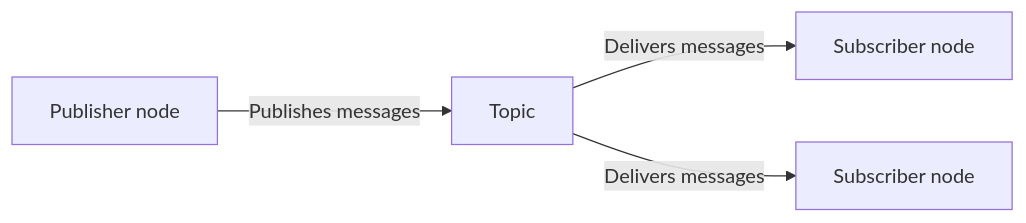
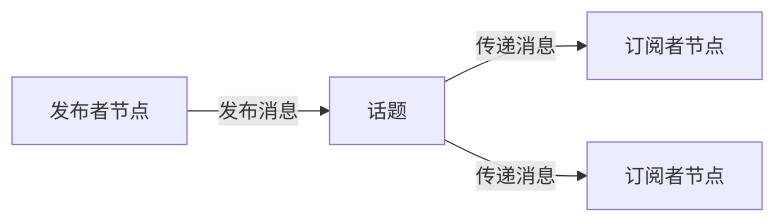
One commit to pixmoving-kit/ros2_documentation changed the first of 3 diagrams in source/Concepts/Basic/Interfaces-Topics-Services-Actions.md. Above: the diagram before and after it, drawn with Mermaid. The commit also changed other lines of this file and 309 other files, not shown here.

````diff
--- a/source/Concepts/Basic/Interfaces-Topics-Services-Actions.md
+++ b/source/Concepts/Basic/Interfaces-Topics-Services-Actions.md
@@ -44,8 +36,6 @@
-``` mermaid
-
-        flowchart LR
- P[Publisher node] -->|Publishes messages| T[Topic]
- T -->|Delivers messages| S1[Subscriber node]
- T -->|Delivers messages| S2[Subscriber node]
-    
+```mermaid
+flowchart LR
+ P[发布者节点] -->|发布消息| T[话题]
+ T -->|传递消息| S1[订阅者节点]
+ T -->|传递消息| S2[订阅者节点]
 ```
````
